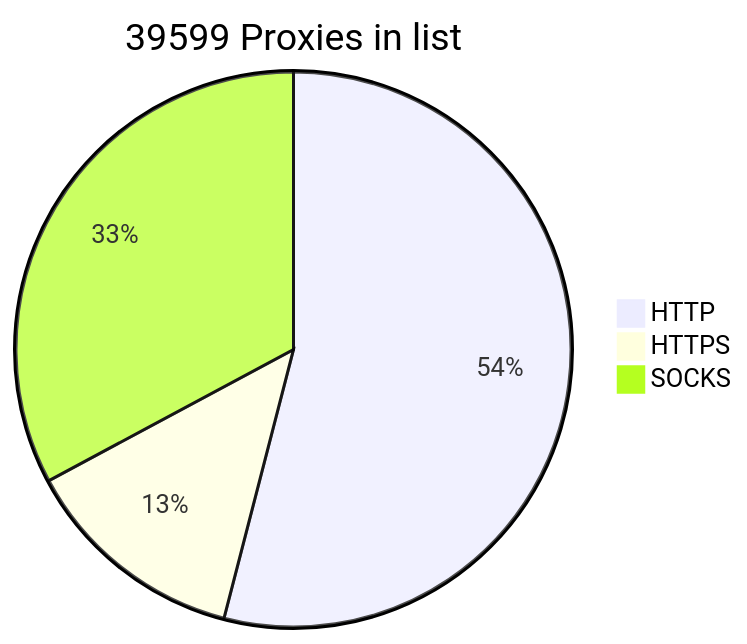
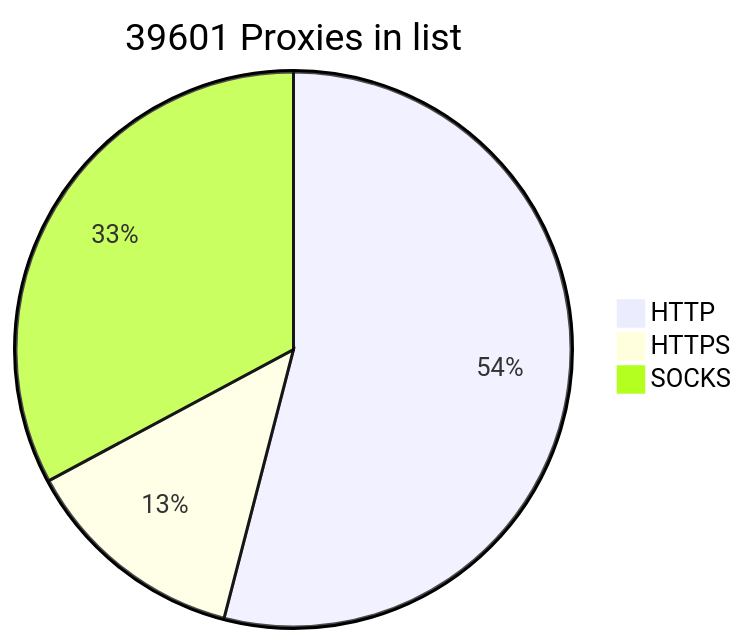
One commit to BlackSnowDot/proxylist-update-every-minute changed the diagram in README.md. Above: the diagram before and after it, drawn with Mermaid.

````diff
--- a/README.md
+++ b/README.md
@@ -2,6 +2,6 @@
 ```mermaid
-pie title 39599 Proxies in list
+pie title 39601 Proxies in list
     "HTTP" : 23714
     "HTTPS": 5767
-    "SOCKS" : 14411
+    "SOCKS" : 14413
 ```
````
